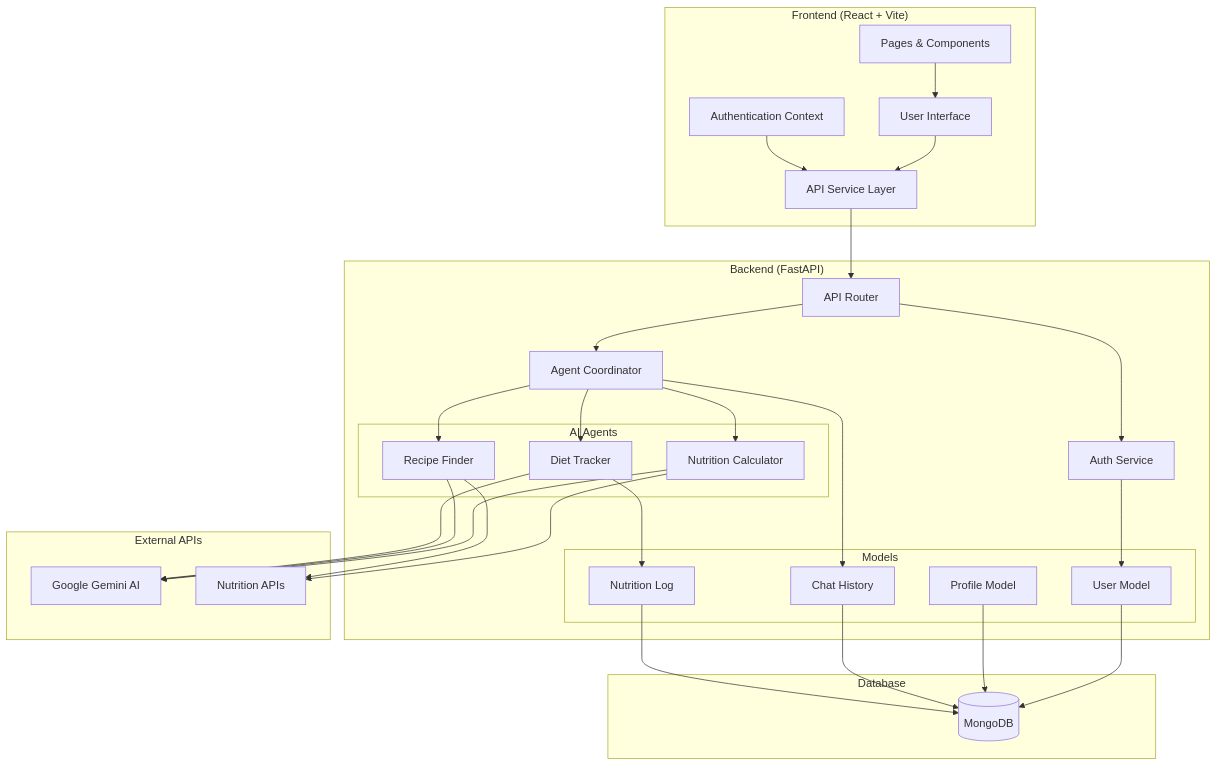
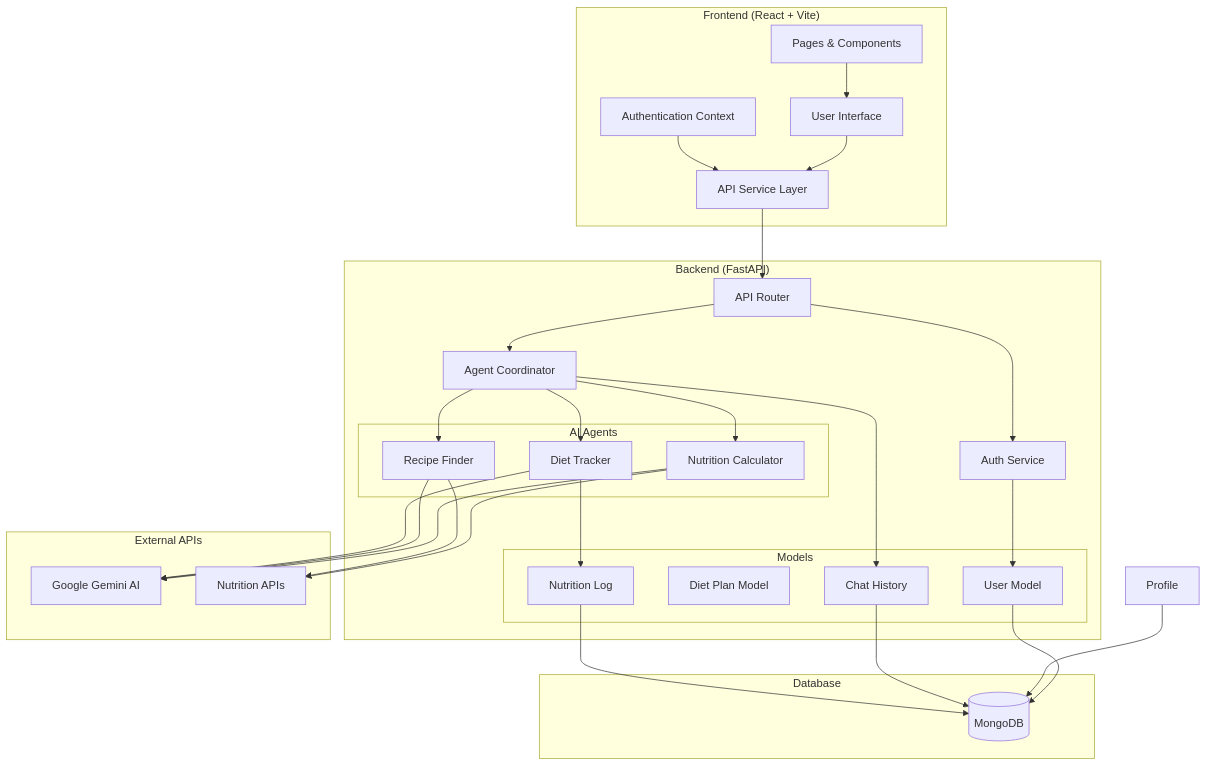
One commit to Wimukthi316/Diet_Plan_AI_Agent changed the diagram in README.md. Above: the diagram before and after it, drawn with Mermaid.

Commit message:
Replace Profile Model with Diet Plan Model

````diff
--- a/README.md
+++ b/README.md
@@ -31,65 +31,65 @@
 ```mermaid
 graph TB
     subgraph "Frontend (React + Vite)"
         UI[User Interface]
         Auth[Authentication Context]
         Pages[Pages & Components]
         API[API Service Layer]
     end
     
     subgraph "Backend (FastAPI)"
         Router[API Router]
         AuthService[Auth Service]
         Coordinator[Agent Coordinator]
         
         subgraph "AI Agents"
             NC[Nutrition Calculator]
             RF[Recipe Finder] 
             DT[Diet Tracker]
         end
         
         subgraph "Models"
             User[User Model]
-            Profile[Profile Model]
+            Diet[Diet Plan Model]
             Chat[Chat History]
             Nutrition[Nutrition Log]
         end
     end
     
     subgraph "Database"
         MongoDB[(MongoDB)]
     end
     
     subgraph "External APIs"
         Gemini[Google Gemini AI]
         NutritionAPI[Nutrition APIs]
     end
     
     UI --> API
     API --> Router
     Router --> AuthService
     Router --> Coordinator
     
     Coordinator --> NC
     Coordinator --> RF  
     Coordinator --> DT
     
     NC --> Gemini
     RF --> Gemini
     DT --> Gemini
     
     NC --> NutritionAPI
     RF --> NutritionAPI
     
     AuthService --> User
     Coordinator --> Chat
     DT --> Nutrition
     
     User --> MongoDB
     Profile --> MongoDB
     Chat --> MongoDB
     Nutrition --> MongoDB
     
     Auth --> API
     Pages --> UI
 ```
````
